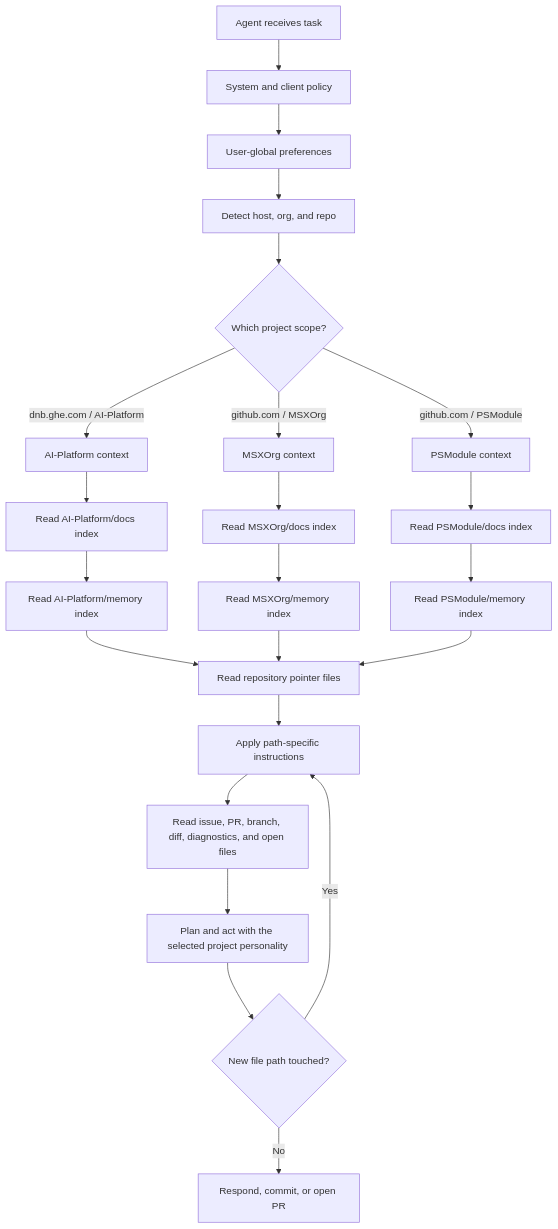
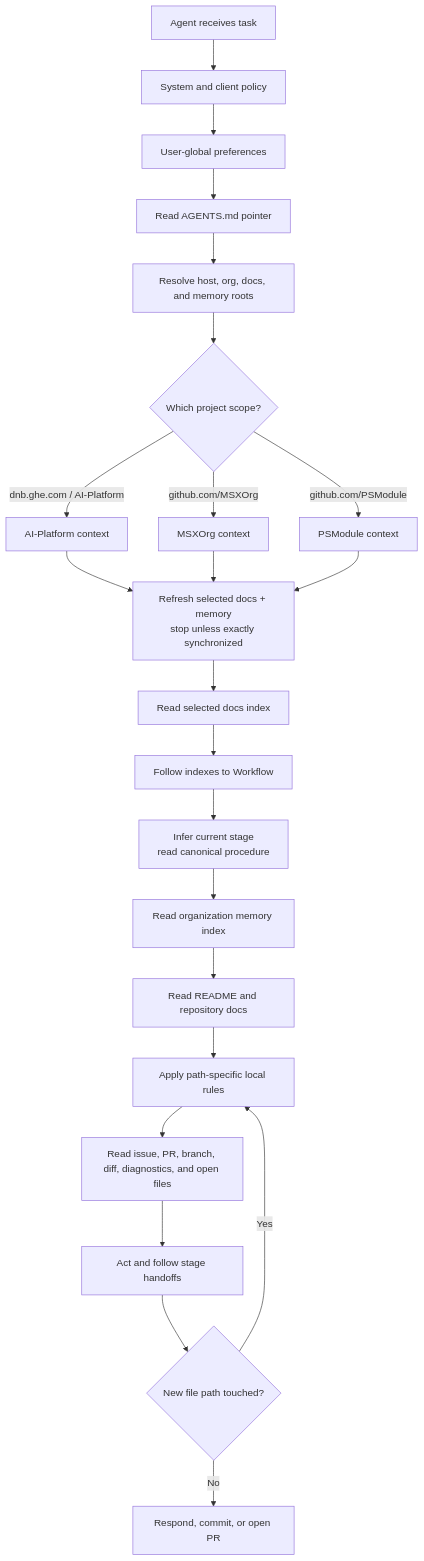
Before and after one commit to MSXOrg/docs: the diagram in src/docs/Frameworks/Agentic-Development/design.md, drawn with Mermaid. The commit also changed other lines of this file and 42 other files, not shown here.

````diff
--- a/src/docs/Frameworks/Agentic-Development/design.md
+++ b/src/docs/Frameworks/Agentic-Development/design.md
@@ -126,32 +128,29 @@
 ```mermaid
 flowchart TD
   start["Agent receives task"] --> policy["System and client policy"]
   policy --> user["User-global preferences"]
-  user --> locate["Detect host, org, and repo"]
+  user --> pointer["Read AGENTS.md pointer"]
+  pointer --> locate["Resolve host, org, docs, and memory roots"]
 
   locate --> host{"Which project scope?"}
   host -->|"dnb.ghe.com / AI-Platform"| aip["AI-Platform context"]
-  host -->|"github.com / MSXOrg"| msx["MSXOrg context"]
-  host -->|"github.com / PSModule"| psmodule["PSModule context"]
+  host -->|"github.com/MSXOrg"| msx["MSXOrg context"]
+  host -->|"github.com/PSModule"| psmodule["PSModule context"]
 
-  aip --> aipdocs["Read AI-Platform/docs index"]
-  aipdocs --> aipmemory["Read AI-Platform/memory index"]
+  aip --> refresh["Refresh selected docs + memory<br/>stop unless exactly synchronized"]
+  msx --> refresh
+  psmodule --> refresh
+  refresh --> docs["Read selected docs index"]
+  docs --> workflow["Follow indexes to Workflow"]
 
-  msx --> msxdocs["Read MSXOrg/docs index"]
-  msxdocs --> msxmemory["Read MSXOrg/memory index"]
-
-  psmodule --> psdocs["Read PSModule/docs index"]
-  psdocs --> psmemory["Read PSModule/memory index"]
-
-  aipmemory --> repo["Read repository pointer files"]
-  msxmemory --> repo
-  psmemory --> repo
-
-  repo --> path["Apply path-specific instructions"]
+  workflow --> stage["Infer current stage<br/>read canonical procedure"]
+  stage --> memory["Read organization memory index"]
+  memory --> repo["Read README and repository docs"]
+  repo --> path["Apply path-specific local rules"]
   path --> task["Read issue, PR, branch, diff, diagnostics, and open files"]
-  task --> act["Plan and act with the selected project personality"]
+  task --> act["Act and follow stage handoffs"]
 
   act --> newpath{"New file path touched?"}
   newpath -->|"Yes"| path
   newpath -->|"No"| done["Respond, commit, or open PR"]
 ```
````
